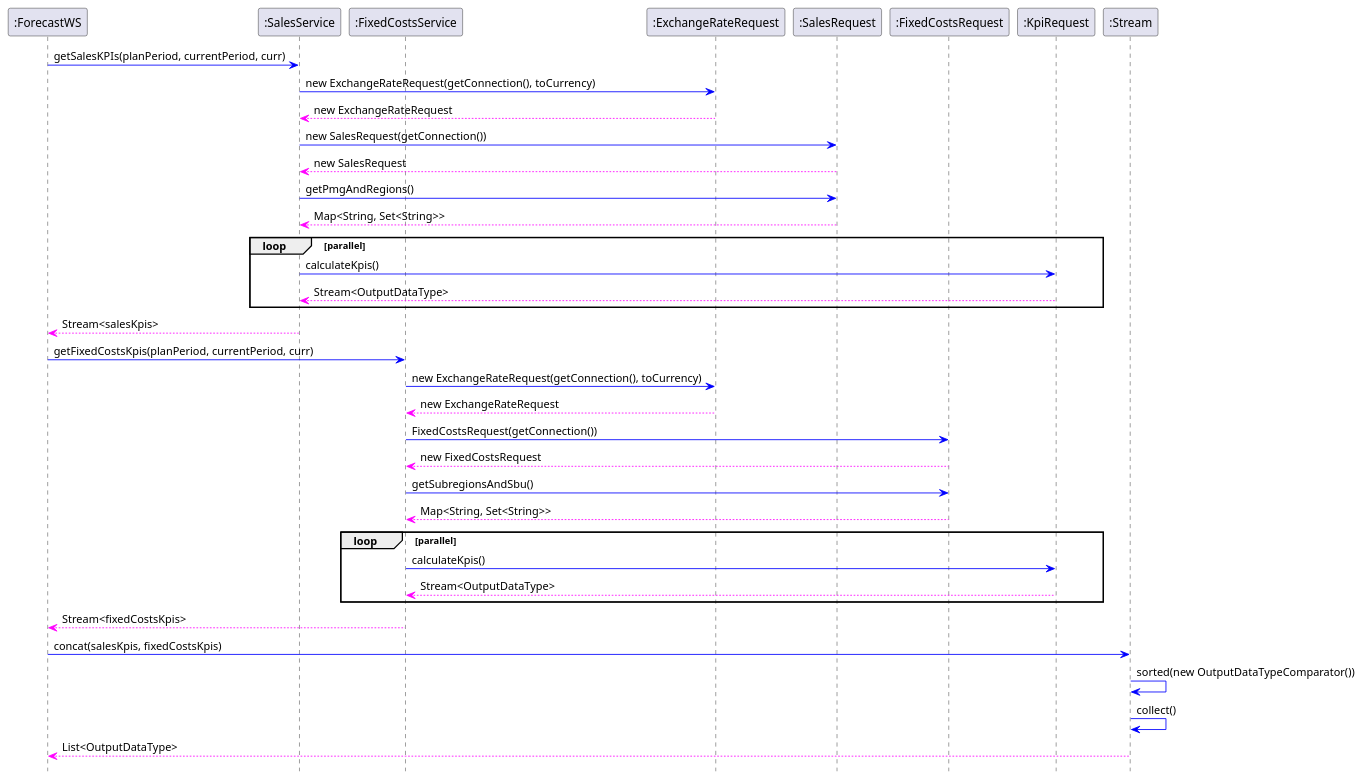
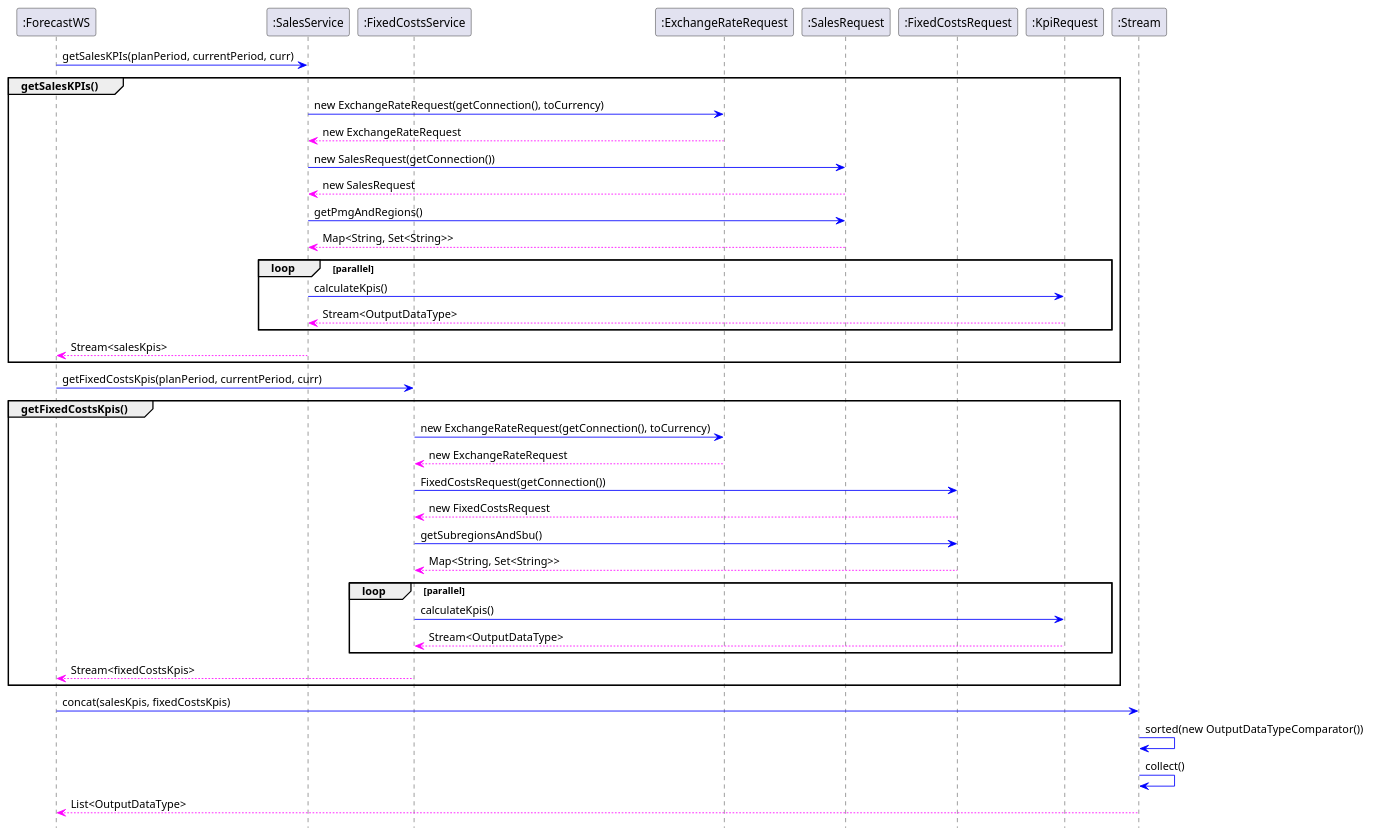
One commit to wagnst/forecast-cassandra changed the diagram in diagrams/sequence/sequence_methods.puml. Above: the diagram before and after it, drawn with PlantUML.

Commit message:
update sequence diagramm

```diff
--- a/diagrams/sequence/sequence_methods.puml
+++ b/diagrams/sequence/sequence_methods.puml
@@ -1,45 +1,49 @@
 @startuml
 
 hide footbox
 participant  ":ForecastWS"
 participant  ":SalesService"
 participant  ":FixedCostsService"
 participant  ":ExchangeRateRequest"
 participant  ":SalesRequest"
 participant  ":FixedCostsRequest"
 participant  ":KpiRequest"
 participant  ":Stream"
 
 
 
 ":ForecastWS" -[#0000FF]> ":SalesService" : getSalesKPIs(planPeriod, currentPeriod, curr)
+group getSalesKPIs()
 ":SalesService" -[#0000FF]> ":ExchangeRateRequest" : new ExchangeRateRequest(getConnection(), toCurrency)
 ":ExchangeRateRequest" --[#FF00FF]> ":SalesService" : new ExchangeRateRequest
 ":SalesService" -[#0000FF]> ":SalesRequest" : new SalesRequest(getConnection())
 ":SalesRequest" --[#FF00FF]> ":SalesService" : new SalesRequest
 ":SalesService" -[#0000FF]> ":SalesRequest" : getPmgAndRegions()
 ":SalesRequest" --[#FF00FF]> ":SalesService" : Map<String, Set<String>>
 loop parallel
     ":SalesService" -[#0000FF]> ":KpiRequest": calculateKpis()
     ":KpiRequest" --[#FF00FF]> ":SalesService" : Stream<OutputDataType>
 end
 ":SalesService" --[#FF00FF]> ":ForecastWS" : Stream<salesKpis>
+end
 
 ":ForecastWS" -[#0000FF]> ":FixedCostsService" : getFixedCostsKpis(planPeriod, currentPeriod, curr)
+group getFixedCostsKpis()
 ":FixedCostsService" -[#0000FF]> ":ExchangeRateRequest" : new ExchangeRateRequest(getConnection(), toCurrency)
 ":ExchangeRateRequest" --[#FF00FF]> ":FixedCostsService" : new ExchangeRateRequest
 ":FixedCostsService" -[#0000FF]> ":FixedCostsRequest" : FixedCostsRequest(getConnection())
 ":FixedCostsRequest" --[#FF00FF]> ":FixedCostsService" : new FixedCostsRequest
 ":FixedCostsService" -[#0000FF]> ":FixedCostsRequest" : getSubregionsAndSbu()
 ":FixedCostsRequest" --[#FF00FF]> ":FixedCostsService" : Map<String, Set<String>>
 loop parallel
     ":FixedCostsService" -[#0000FF]> ":KpiRequest": calculateKpis()
     ":KpiRequest" --[#FF00FF]> ":FixedCostsService" : Stream<OutputDataType>
 end
 ":FixedCostsService" --[#FF00FF]> ":ForecastWS" : Stream<fixedCostsKpis>
+end
 
 ":ForecastWS" -[#0000FF]> ":Stream" : concat(salesKpis, fixedCostsKpis)
 ":Stream" -[#0000FF]> ":Stream" : sorted(new OutputDataTypeComparator())
 ":Stream" -[#0000FF]> ":Stream" : collect()
 ":Stream" --[#FF00FF]> ":ForecastWS" : List<OutputDataType>
 @enduml
```
